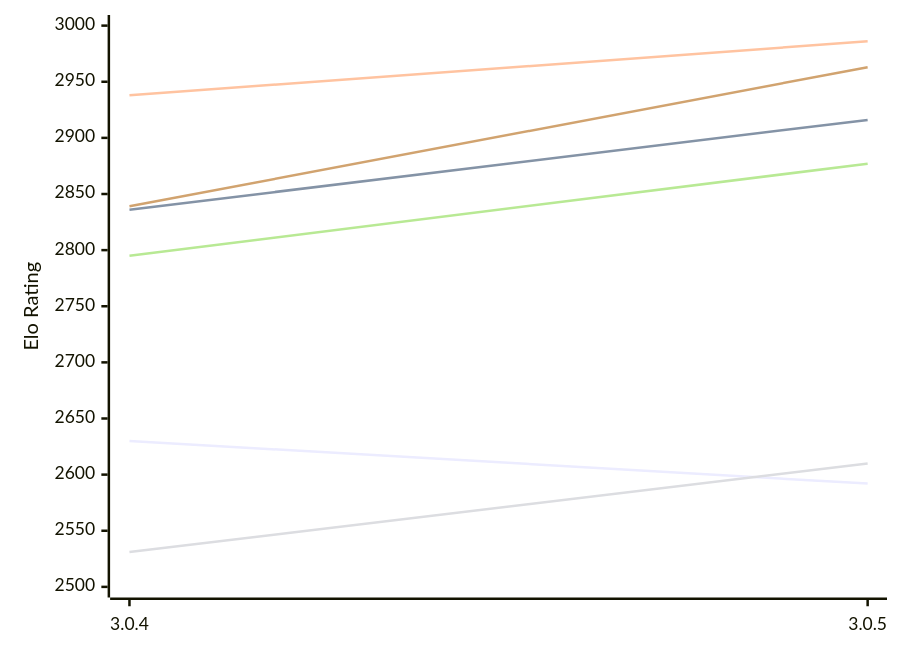
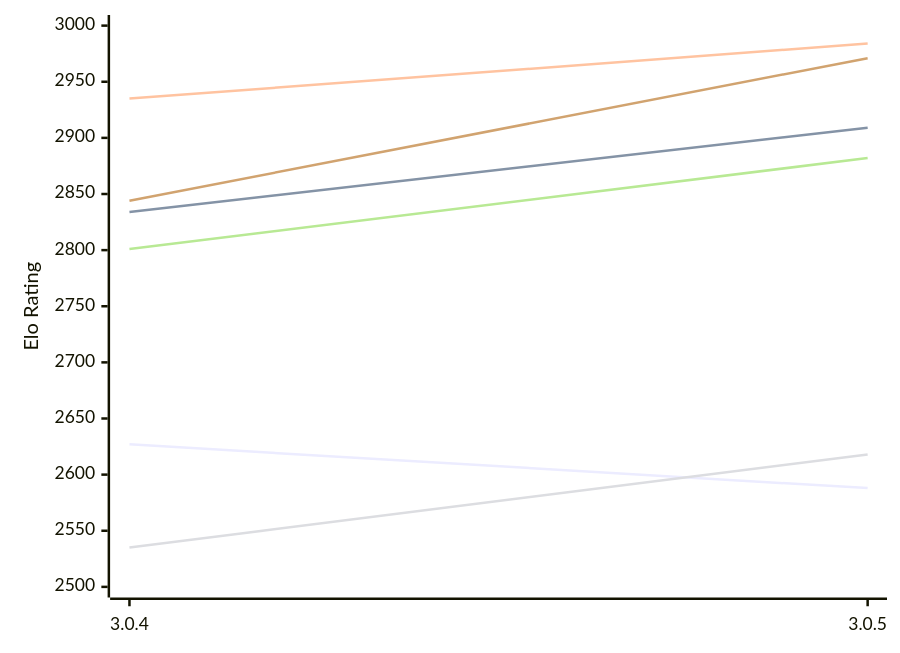
Before and after one commit to computer-chess-index/cci: the first of 2 diagrams in engines/Rudim.md, drawn with Mermaid. The commit also changed other lines of this file, not shown here.

Commit message:
Update CCI Ratings (ELO VLTC) - 2026-11-23

````diff
--- a/engines/Rudim.md
+++ b/engines/Rudim.md
@@ -59,12 +59,12 @@
 ```mermaid
 %%{init: {"theme":"base","themeVariables":{"seriesColors:['#a3a3a3','#222221','#faa371']}}}%%
 xychart-beta
   x-axis ["3.0.4", "3.0.5"]
   y-axis "Elo Rating" 2500 --> 3000
-  line "E1: STC (8.0+0.08s)" [2630, 2592]
-  line "E1: LTC (60.0+0.60s)" [2836, 2916]
-  line "E1: VLTC (2m24s+1.12s)" [2938, 2986]
-  line "P1: STC (8.0+0.08s)" [2531, 2610]
-  line "P1: LTC (60.0+0.60s)" [2795, 2877]
-  line "P1: VLTC (2m24s+1.12s)" [2839, 2963]
+  line "E1: STC (8.0+0.08s)" [2627, 2588]
+  line "E1: LTC (60.0+0.60s)" [2834, 2909]
+  line "E1: VLTC (2m24s+1.12s)" [2935, 2984]
+  line "P1: STC (8.0+0.08s)" [2535, 2618]
+  line "P1: LTC (60.0+0.60s)" [2801, 2882]
+  line "P1: VLTC (2m24s+1.12s)" [2844, 2971]
 ```
````
